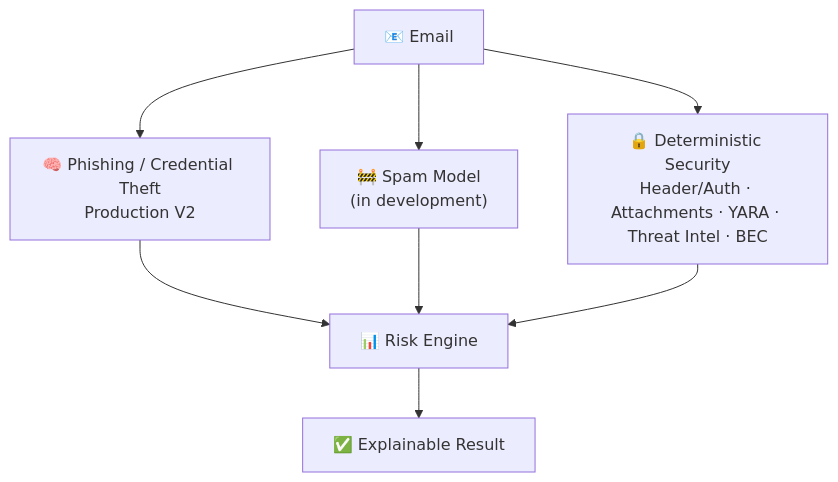
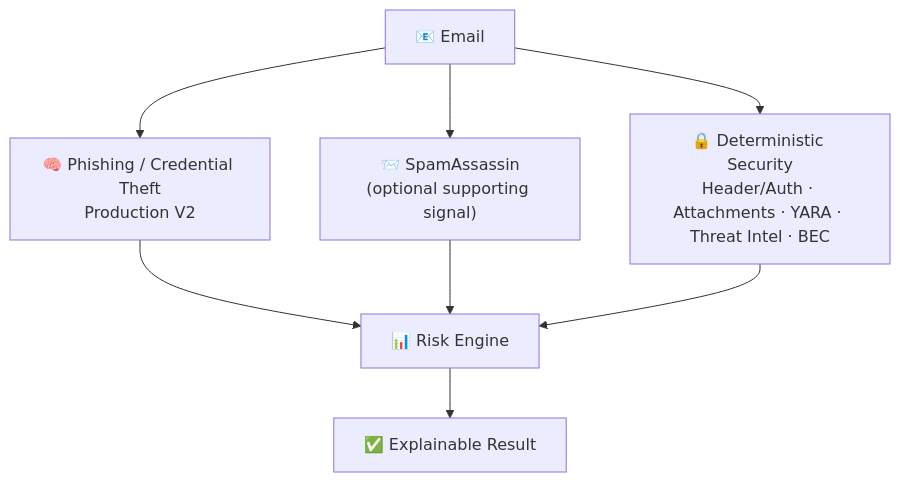
Before and after one commit to kushag4a/Email_Threat_Detection_M: the second of 3 diagrams in README.md, drawn with Mermaid. The commit also changed other lines of this file and 25 other files, not shown here.

````diff
--- a/README.md
+++ b/README.md
@@ -82,10 +83,10 @@
 ```mermaid
 flowchart TD
     EMAIL["📧 Email"] --> P["🧠 Phishing / Credential Theft<br/>Production V2"]
-    EMAIL --> S["🚧 Spam Model<br/>(in development)"]
+    EMAIL --> S["📨 SpamAssassin<br/>(optional supporting signal)"]
     EMAIL --> D["🔒 Deterministic Security<br/>Header/Auth · Attachments · YARA · Threat Intel · BEC"]
     P --> R["📊 Risk Engine"]
     S --> R
     D --> R
     R --> X["✅ Explainable Result"]
 ```
````
